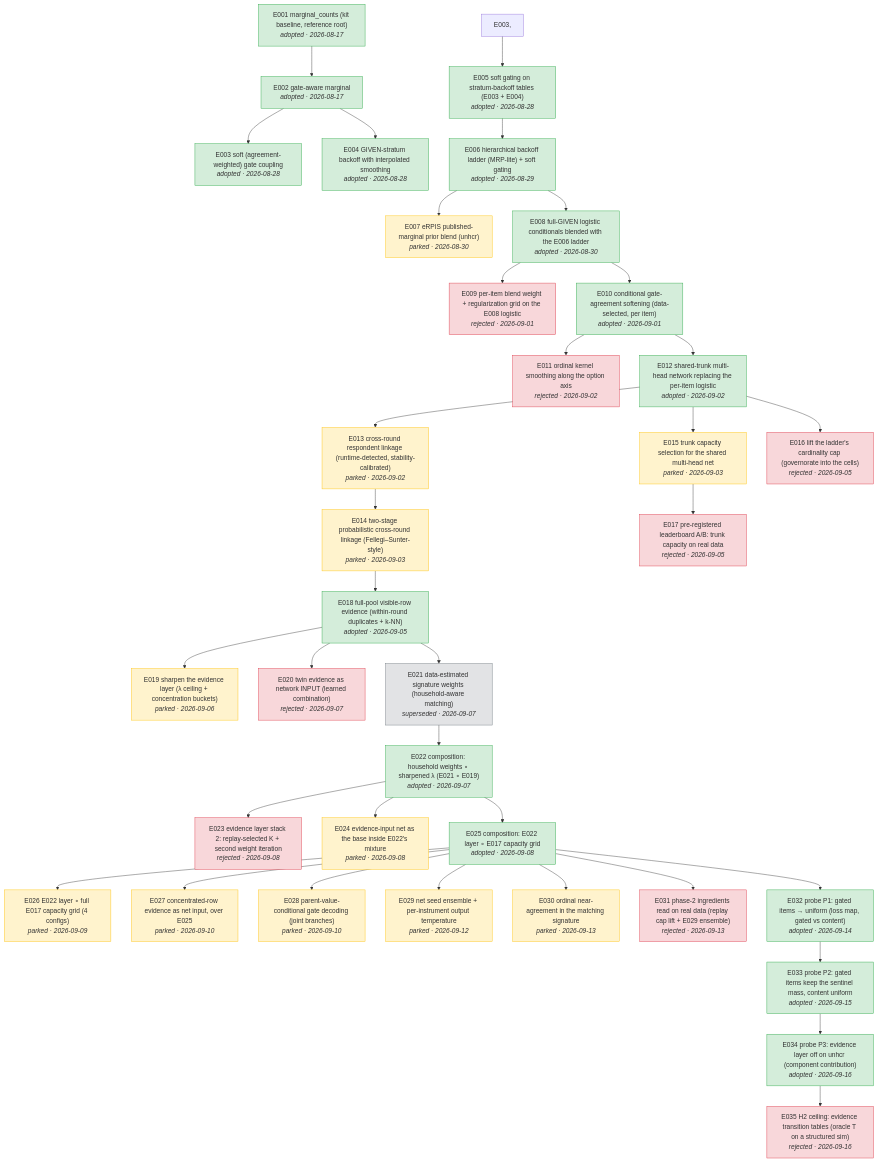
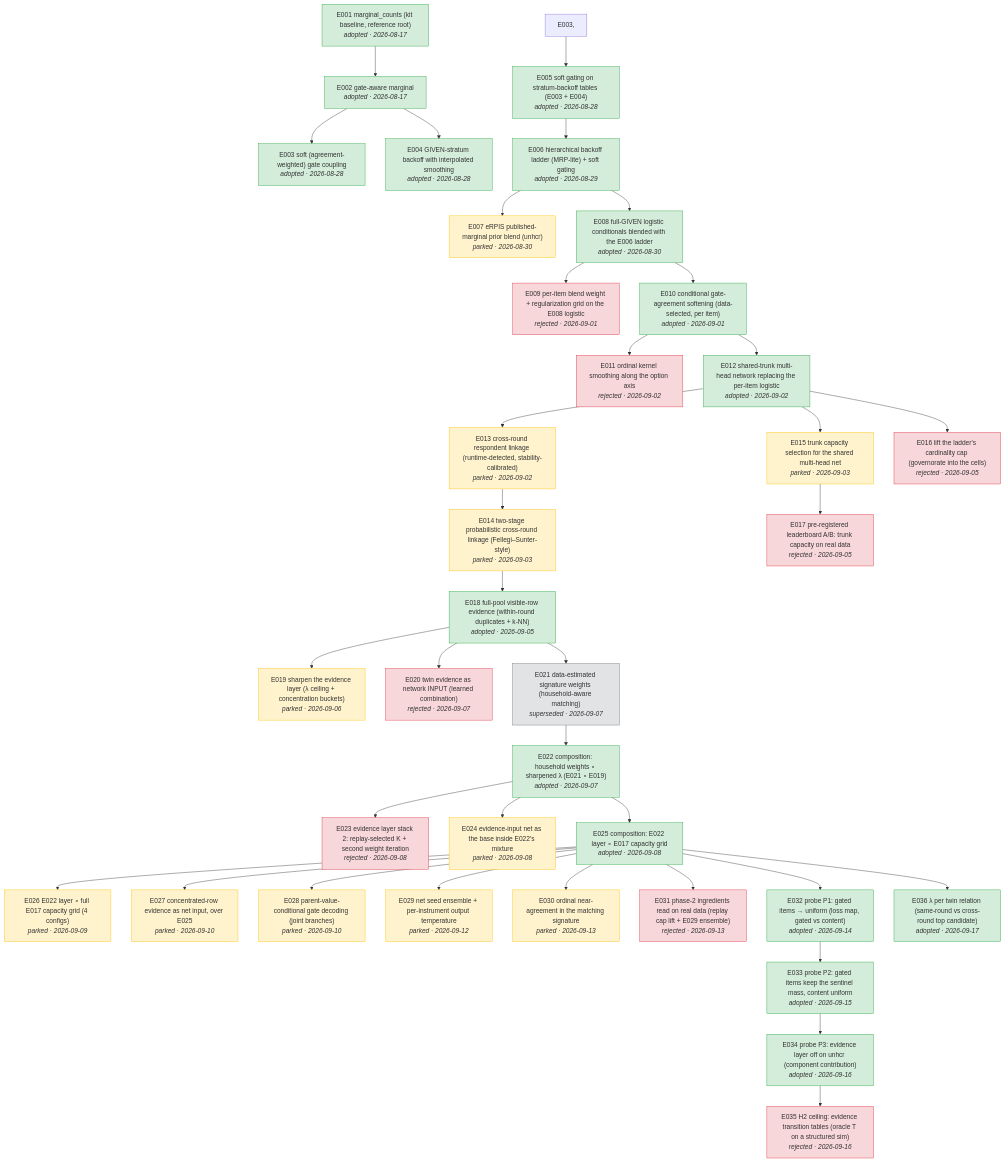
Before and after one commit to joon56/Simulacrabench-NeurIPS-2026-: the diagram in docs/tree.md, drawn with Mermaid. The commit also changed 8 other files, not shown here.

First line of the commit message:
E036: evidence weight per twin relation (same-round vs cross-round), panel sim +0.0105, adopted; submission #22

````diff
--- a/docs/tree.md
+++ b/docs/tree.md
@@ -5,80 +5,82 @@
 ```mermaid
 flowchart TD
     E001["E001 marginal_counts (kit baseline, reference root)<br/><i>adopted · 2026-08-17</i>"]
     E002["E002 gate-aware marginal<br/><i>adopted · 2026-08-17</i>"]
     E001 --> E002
     E003["E003 soft (agreement-weighted) gate coupling<br/><i>adopted · 2026-08-28</i>"]
     E002 --> E003
     E004["E004 GIVEN-stratum backoff with interpolated smoothing<br/><i>adopted · 2026-08-28</i>"]
     E002 --> E004
     E005["E005 soft gating on stratum-backoff tables (E003 + E004)<br/><i>adopted · 2026-08-28</i>"]
     E003, --> E005
     E006["E006 hierarchical backoff ladder (MRP-lite) + soft gating<br/><i>adopted · 2026-08-29</i>"]
     E005 --> E006
     E007["E007 eRPIS published-marginal prior blend (unhcr)<br/><i>parked · 2026-08-30</i>"]
     E006 --> E007
     E008["E008 full-GIVEN logistic conditionals blended with the E006 ladder<br/><i>adopted · 2026-08-30</i>"]
     E006 --> E008
     E009["E009 per-item blend weight + regularization grid on the E008 logistic<br/><i>rejected · 2026-09-01</i>"]
     E008 --> E009
     E010["E010 conditional gate-agreement softening (data-selected, per item)<br/><i>adopted · 2026-09-01</i>"]
     E008 --> E010
     E011["E011 ordinal kernel smoothing along the option axis<br/><i>rejected · 2026-09-02</i>"]
     E010 --> E011
     E012["E012 shared-trunk multi-head network replacing the per-item logistic<br/><i>adopted · 2026-09-02</i>"]
     E010 --> E012
     E013["E013 cross-round respondent linkage (runtime-detected, stability-calibrated)<br/><i>parked · 2026-09-02</i>"]
     E012 --> E013
     E014["E014 two-stage probabilistic cross-round linkage (Fellegi–Sunter-style)<br/><i>parked · 2026-09-03</i>"]
     E013 --> E014
     E015["E015 trunk capacity selection for the shared multi-head net<br/><i>parked · 2026-09-03</i>"]
     E012 --> E015
     E016["E016 lift the ladder's cardinality cap (governorate into the cells)<br/><i>rejected · 2026-09-05</i>"]
     E012 --> E016
     E017["E017 pre-registered leaderboard A/B: trunk capacity on real data<br/><i>rejected · 2026-09-05</i>"]
     E015 --> E017
     E018["E018 full-pool visible-row evidence (within-round duplicates + k-NN)<br/><i>adopted · 2026-09-05</i>"]
     E014 --> E018
     E019["E019 sharpen the evidence layer (λ ceiling + concentration buckets)<br/><i>parked · 2026-09-06</i>"]
     E018 --> E019
     E020["E020 twin evidence as network INPUT (learned combination)<br/><i>rejected · 2026-09-07</i>"]
     E018 --> E020
     E021["E021 data-estimated signature weights (household-aware matching)<br/><i>superseded · 2026-09-07</i>"]
     E018 --> E021
     E022["E022 composition: household weights ∘ sharpened λ (E021 ∘ E019)<br/><i>adopted · 2026-09-07</i>"]
     E021 --> E022
     E023["E023 evidence layer stack 2: replay-selected K + second weight iteration<br/><i>rejected · 2026-09-08</i>"]
     E022 --> E023
     E024["E024 evidence-input net as the base inside E022's mixture<br/><i>parked · 2026-09-08</i>"]
     E022 --> E024
     E025["E025 composition: E022 layer ∘ E017 capacity grid<br/><i>adopted · 2026-09-08</i>"]
     E022 --> E025
     E026["E026 E022 layer ∘ full E017 capacity grid (4 configs)<br/><i>parked · 2026-09-09</i>"]
     E025 --> E026
     E027["E027 concentrated-row evidence as net input, over E025<br/><i>parked · 2026-09-10</i>"]
     E025 --> E027
     E028["E028 parent-value-conditional gate decoding (joint branches)<br/><i>parked · 2026-09-10</i>"]
     E025 --> E028
     E029["E029 net seed ensemble + per-instrument output temperature<br/><i>parked · 2026-09-12</i>"]
     E025 --> E029
     E030["E030 ordinal near-agreement in the matching signature<br/><i>parked · 2026-09-13</i>"]
     E025 --> E030
     E031["E031 phase-2 ingredients read on real data (replay cap lift + E029 ensemble)<br/><i>rejected · 2026-09-13</i>"]
     E025 --> E031
     E032["E032 probe P1: gated items → uniform (loss map, gated vs content)<br/><i>adopted · 2026-09-14</i>"]
     E025 --> E032
     E033["E033 probe P2: gated items keep the sentinel mass, content uniform<br/><i>adopted · 2026-09-15</i>"]
     E032 --> E033
     E034["E034 probe P3: evidence layer off on unhcr (component contribution)<br/><i>adopted · 2026-09-16</i>"]
     E033 --> E034
     E035["E035 H2 ceiling: evidence transition tables (oracle T on a structured sim)<br/><i>rejected · 2026-09-16</i>"]
     E034 --> E035
+    E036["E036 λ per twin relation (same-round vs cross-round top candidate)<br/><i>adopted · 2026-09-17</i>"]
+    E025 --> E036
     classDef adopted fill:#d4edda,stroke:#28a745
-    class E001,E002,E003,E004,E005,E006,E008,E010,E012,E018,E022,E025,E032,E033,E034 adopted
+    class E001,E002,E003,E004,E005,E006,E008,E010,E012,E018,E022,E025,E032,E033,E034,E036 adopted
     classDef rejected fill:#f8d7da,stroke:#dc3545
     class E009,E011,E016,E017,E020,E023,E031,E035 rejected
     classDef parked fill:#fff3cd,stroke:#ffc107
     class E007,E013,E014,E015,E019,E024,E026,E027,E028,E029,E030 parked
     classDef superseded fill:#e2e3e5,stroke:#6c757d
     class E021 superseded
 ```
````
